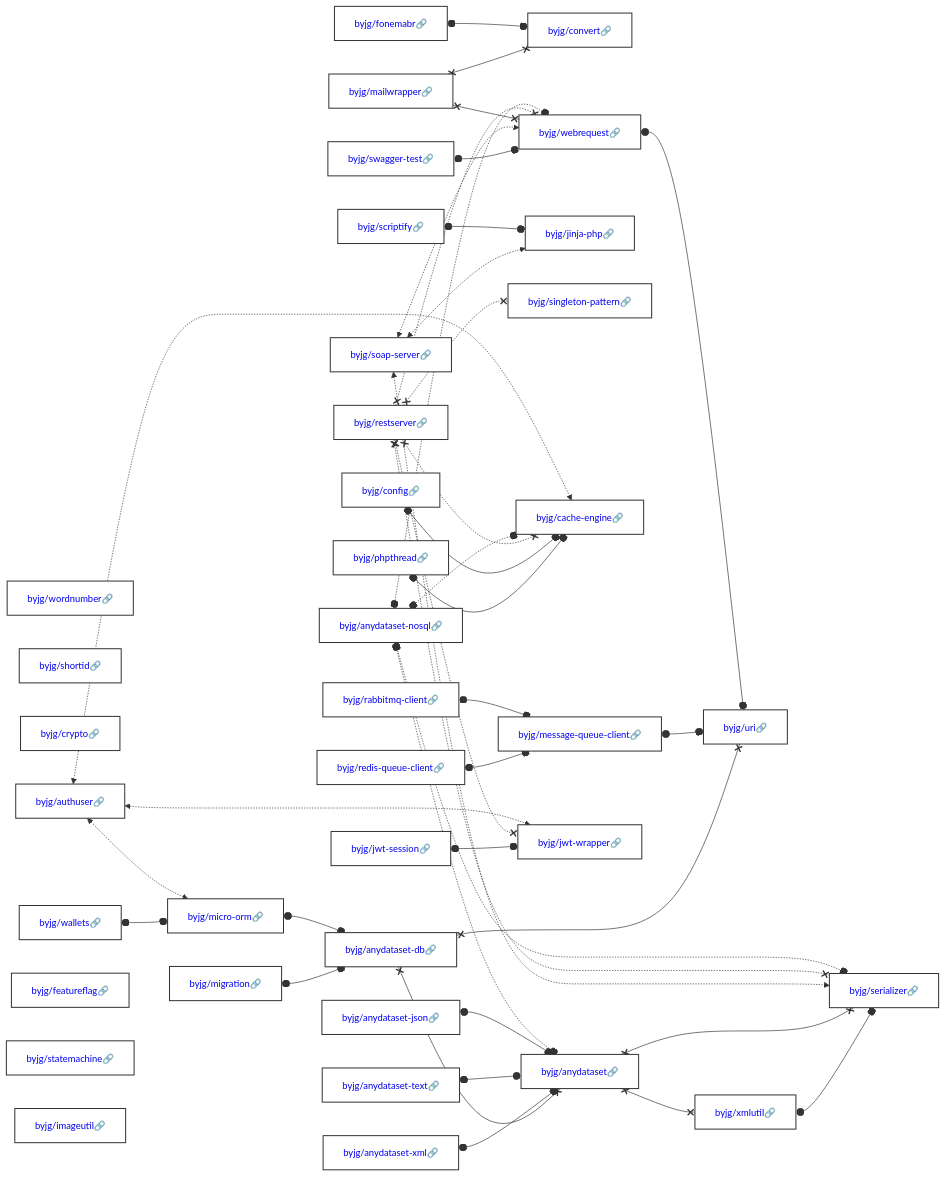
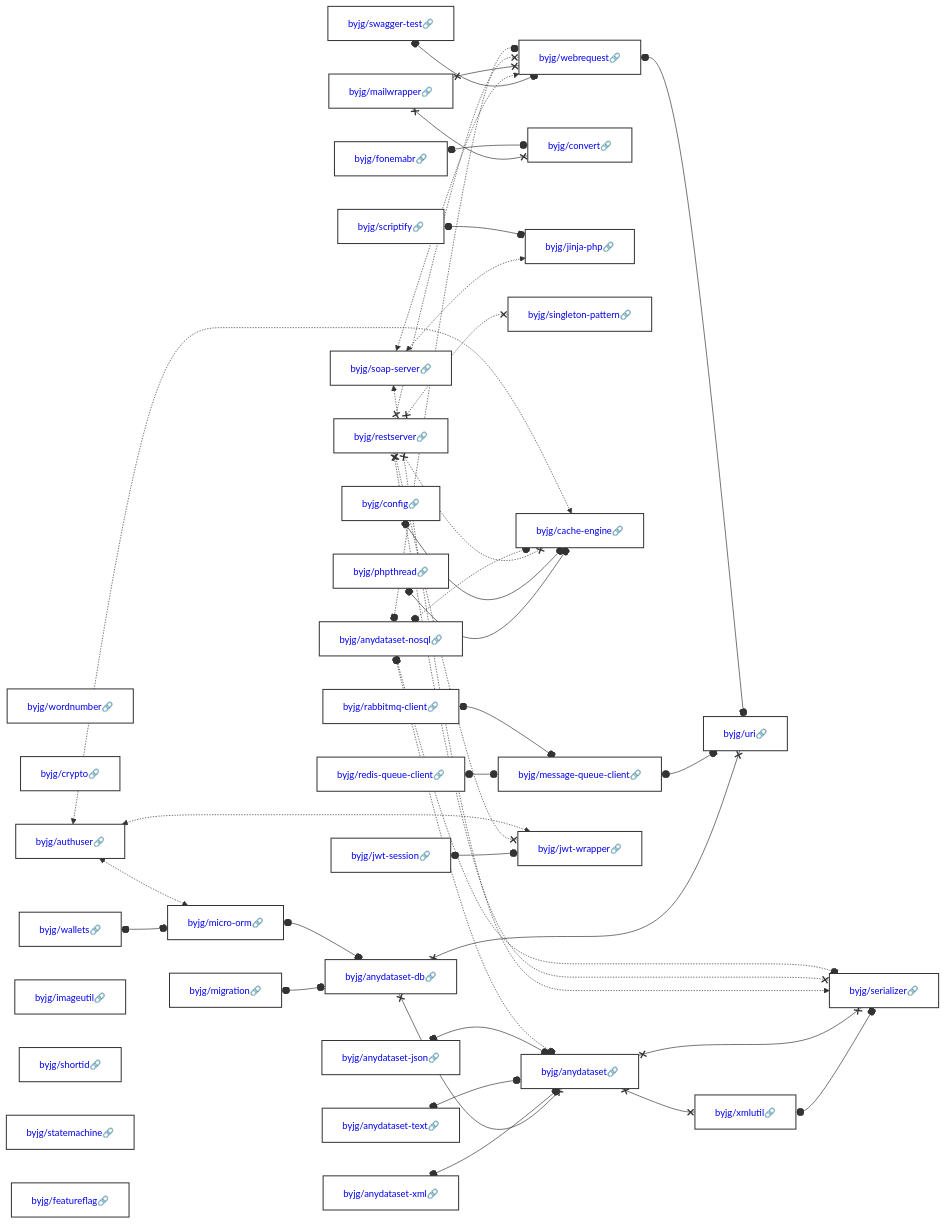
Before and after one commit to byjg/byjg.github.io: the diagram in docs/php/README.md, drawn with Mermaid. The commit also changed other lines of this file, not shown here.

Commit message:
Update documentation 'php' 'php-phpthread'

````diff
--- a/docs/php/README.md
+++ b/docs/php/README.md
@@ -3,32 +3,32 @@
 ```mermaid
 graph LR;
+  byjg/wordnumber[<a href='https://opensource.byjg.com/docs/php/wordnumber' style='text-decoration:none'>byjg/wordnumber🔗</a>];
+  byjg/anydataset-json[<a href='https://opensource.byjg.com/docs/php/anydataset-json' style='text-decoration:none'>byjg/anydataset-json🔗</a>];
+  byjg/anydataset-xml[<a href='https://opensource.byjg.com/docs/php/anydataset-xml' style='text-decoration:none'>byjg/anydataset-xml🔗</a>];
+  byjg/scriptify[<a href='https://opensource.byjg.com/docs/php/scriptify' style='text-decoration:none'>byjg/scriptify🔗</a>];
+  byjg/crypto[<a href='https://opensource.byjg.com/docs/php/crypto' style='text-decoration:none'>byjg/crypto🔗</a>];
+  byjg/anydataset-nosql[<a href='https://opensource.byjg.com/docs/php/anydataset-nosql' style='text-decoration:none'>byjg/anydataset-nosql🔗</a>];
+  byjg/phpthread[<a href='https://opensource.byjg.com/docs/php/phpthread' style='text-decoration:none'>byjg/phpthread🔗</a>];
+  byjg/wallets[<a href='https://opensource.byjg.com/docs/php/wallets' style='text-decoration:none'>byjg/wallets🔗</a>];
   byjg/mailwrapper[<a href='https://opensource.byjg.com/docs/php/mailwrapper' style='text-decoration:none'>byjg/mailwrapper🔗</a>];
-  byjg/phpthread[<a href='https://opensource.byjg.com/docs/php/phpthread' style='text-decoration:none'>byjg/phpthread🔗</a>];
+  byjg/redis-queue-client[<a href='https://opensource.byjg.com/docs/php/redis-queue-client' style='text-decoration:none'>byjg/redis-queue-client🔗</a>];
+  byjg/authuser[<a href='https://opensource.byjg.com/docs/php/authuser' style='text-decoration:none'>byjg/authuser🔗</a>];
+  byjg/rabbitmq-client[<a href='https://opensource.byjg.com/docs/php/rabbitmq-client' style='text-decoration:none'>byjg/rabbitmq-client🔗</a>];
+  byjg/anydataset-text[<a href='https://opensource.byjg.com/docs/php/anydataset-text' style='text-decoration:none'>byjg/anydataset-text🔗</a>];
+  byjg/jwt-session[<a href='https://opensource.byjg.com/docs/php/jwt-session' style='text-decoration:none'>byjg/jwt-session🔗</a>];
+  byjg/swagger-test[<a href='https://opensource.byjg.com/docs/php/swagger-test' style='text-decoration:none'>byjg/swagger-test🔗</a>];
   byjg/config[<a href='https://opensource.byjg.com/docs/php/config' style='text-decoration:none'>byjg/config🔗</a>];
   byjg/migration[<a href='https://opensource.byjg.com/docs/php/migration' style='text-decoration:none'>byjg/migration🔗</a>];
   byjg/fonemabr[<a href='https://opensource.byjg.com/docs/php/fonemabr' style='text-decoration:none'>byjg/fonemabr🔗</a>];
-  byjg/wordnumber[<a href='https://opensource.byjg.com/docs/php/wordnumber' style='text-decoration:none'>byjg/wordnumber🔗</a>];
-  byjg/anydataset-text[<a href='https://opensource.byjg.com/docs/php/anydataset-text' style='text-decoration:none'>byjg/anydataset-text🔗</a>];
+  byjg/soap-server[<a href='https://opensource.byjg.com/docs/php/soap-server' style='text-decoration:none'>byjg/soap-server🔗</a>];
+  byjg/restserver[<a href='https://opensource.byjg.com/docs/php/restserver' style='text-decoration:none'>byjg/restserver🔗</a>];
+  byjg/imageutil[<a href='https://opensource.byjg.com/docs/php/imageutil' style='text-decoration:none'>byjg/imageutil🔗</a>];
   byjg/shortid[<a href='https://opensource.byjg.com/docs/php/shortid' style='text-decoration:none'>byjg/shortid🔗</a>];
-  byjg/rabbitmq-client[<a href='https://opensource.byjg.com/docs/php/rabbitmq-client' style='text-decoration:none'>byjg/rabbitmq-client🔗</a>];
-  byjg/crypto[<a href='https://opensource.byjg.com/docs/php/crypto' style='text-decoration:none'>byjg/crypto🔗</a>];
-  byjg/swagger-test[<a href='https://opensource.byjg.com/docs/php/swagger-test' style='text-decoration:none'>byjg/swagger-test🔗</a>];
-  byjg/anydataset-nosql[<a href='https://opensource.byjg.com/docs/php/anydataset-nosql' style='text-decoration:none'>byjg/anydataset-nosql🔗</a>];
-  byjg/wallets[<a href='https://opensource.byjg.com/docs/php/wallets' style='text-decoration:none'>byjg/wallets🔗</a>];
-  byjg/redis-queue-client[<a href='https://opensource.byjg.com/docs/php/redis-queue-client' style='text-decoration:none'>byjg/redis-queue-client🔗</a>];
-  byjg/authuser[<a href='https://opensource.byjg.com/docs/php/authuser' style='text-decoration:none'>byjg/authuser🔗</a>];
-  byjg/anydataset-xml[<a href='https://opensource.byjg.com/docs/php/anydataset-xml' style='text-decoration:none'>byjg/anydataset-xml🔗</a>];
-  byjg/jwt-session[<a href='https://opensource.byjg.com/docs/php/jwt-session' style='text-decoration:none'>byjg/jwt-session🔗</a>];
+  byjg/statemachine[<a href='https://opensource.byjg.com/docs/php/statemachine' style='text-decoration:none'>byjg/statemachine🔗</a>];
   byjg/featureflag[<a href='https://opensource.byjg.com/docs/php/featureflag' style='text-decoration:none'>byjg/featureflag🔗</a>];
-  byjg/soap-server[<a href='https://opensource.byjg.com/docs/php/soap-server' style='text-decoration:none'>byjg/soap-server🔗</a>];
-  byjg/anydataset-json[<a href='https://opensource.byjg.com/docs/php/anydataset-json' style='text-decoration:none'>byjg/anydataset-json🔗</a>];
-  byjg/statemachine[<a href='https://opensource.byjg.com/docs/php/statemachine' style='text-decoration:none'>byjg/statemachine🔗</a>];
-  byjg/scriptify[<a href='https://opensource.byjg.com/docs/php/scriptify' style='text-decoration:none'>byjg/scriptify🔗</a>];
-  byjg/imageutil[<a href='https://opensource.byjg.com/docs/php/imageutil' style='text-decoration:none'>byjg/imageutil🔗</a>];
-  byjg/restserver[<a href='https://opensource.byjg.com/docs/php/restserver' style='text-decoration:none'>byjg/restserver🔗</a>];
+  byjg/micro-orm[<a href='https://opensource.byjg.com/docs/php/micro-orm' style='text-decoration:none'>byjg/micro-orm🔗</a>];
+  byjg/message-queue-client[<a href='https://opensource.byjg.com/docs/php/message-queue-client' style='text-decoration:none'>byjg/message-queue-client🔗</a>];
   byjg/convert[<a href='https://opensource.byjg.com/docs/php/convert' style='text-decoration:none'>byjg/convert🔗</a>];
-  byjg/message-queue-client[<a href='https://opensource.byjg.com/docs/php/message-queue-client' style='text-decoration:none'>byjg/message-queue-client🔗</a>];
-  byjg/micro-orm[<a href='https://opensource.byjg.com/docs/php/micro-orm' style='text-decoration:none'>byjg/micro-orm🔗</a>];
   byjg/jinja-php[<a href='https://opensource.byjg.com/docs/php/jinja-php' style='text-decoration:none'>byjg/jinja-php🔗</a>];
   byjg/singleton-pattern[<a href='https://opensource.byjg.com/docs/php/singleton-pattern' style='text-decoration:none'>byjg/singleton-pattern🔗</a>];
   byjg/cache-engine[<a href='https://opensource.byjg.com/docs/php/cache-engine' style='text-decoration:none'>byjg/cache-engine🔗</a>];
````
